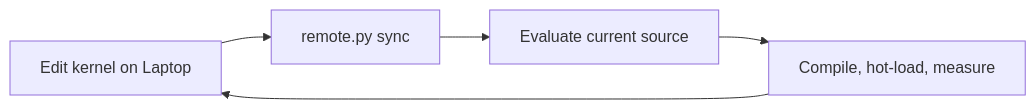
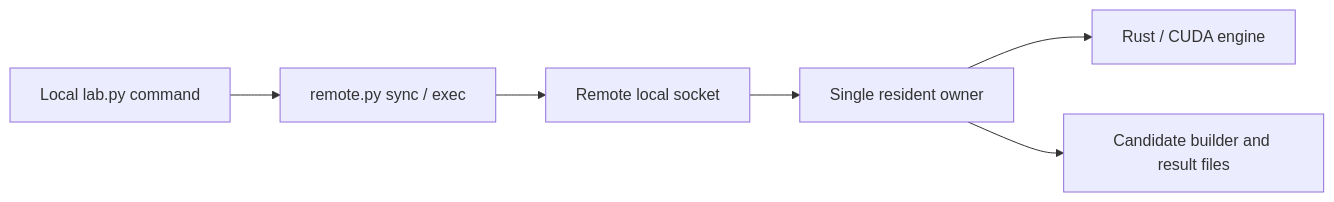
Before and after one commit to xzzqqq/ignis-5080: the diagram in docs/specs/continual-experiments/README.md, drawn with Mermaid. The commit also changed other lines of this file and 4 other files, not shown here.

Commit message:
Refine four-command lab lifecycle and automatic synchronization plan

````diff
--- a/docs/specs/continual-experiments/README.md
+++ b/docs/specs/continual-experiments/README.md
@@ -48,7 +57,8 @@
 ```mermaid
 flowchart LR
-    A[Edit kernel on Laptop] --> B[remote.py sync]
-    B --> C[Evaluate current source]
-    C --> D[Compile, hot-load, measure]
-    D --> A
+    A[Local lab.py command] --> B[remote.py sync / exec]
+    B --> C[Remote local socket]
+    C --> D[Single resident owner]
+    D --> E[Rust / CUDA engine]
+    D --> F[Candidate builder and result files]
 ```
````
